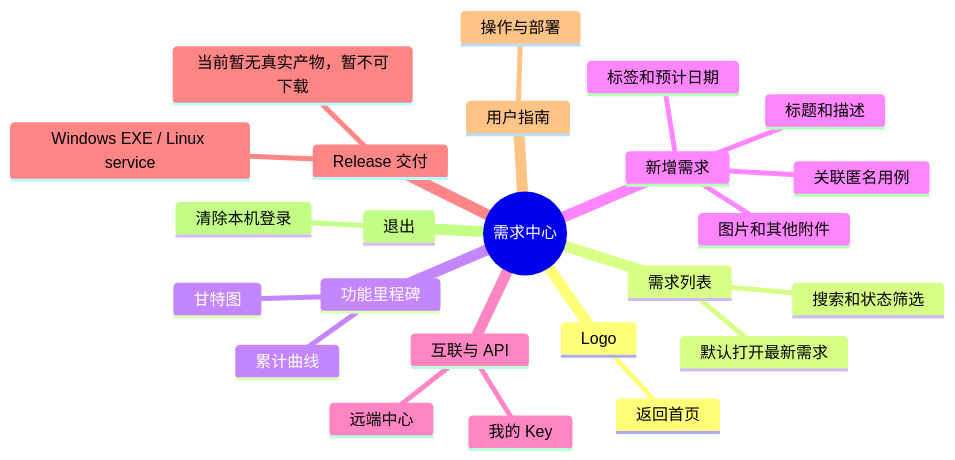
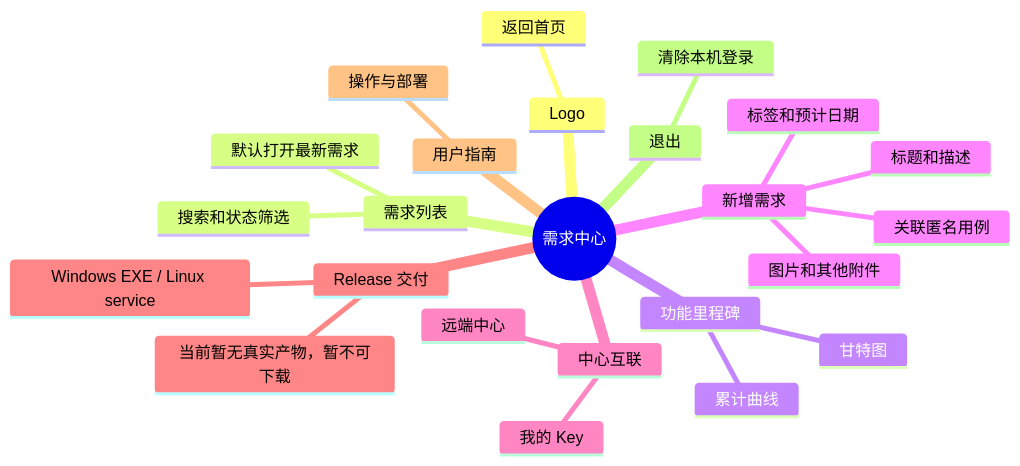
One commit to gwailee/swtool-requirements-center changed the third of 16 diagrams in web/requirements-guide.md. Above: the diagram before and after it, drawn with Mermaid. The commit also changed other lines of this file and 10 other files, not shown here.

````diff
--- a/web/requirements-guide.md
+++ b/web/requirements-guide.md
@@ -34,27 +34,27 @@
 ```mermaid
 mindmap
   root((需求中心))
     Logo
       返回首页
     需求列表
       搜索和状态筛选
       默认打开最新需求
     功能里程碑
       累计曲线
       甘特图
     新增需求
       标题和描述
       标签和预计日期
       关联匿名用例
       图片和其他附件
-    互联与 API
+    中心互联
       我的 Key
       远端中心
     Release 交付
       Windows EXE / Linux service
       当前暂无真实产物，暂不可下载
     用户指南
       操作与部署
     退出
       清除本机登录
 ```
````
